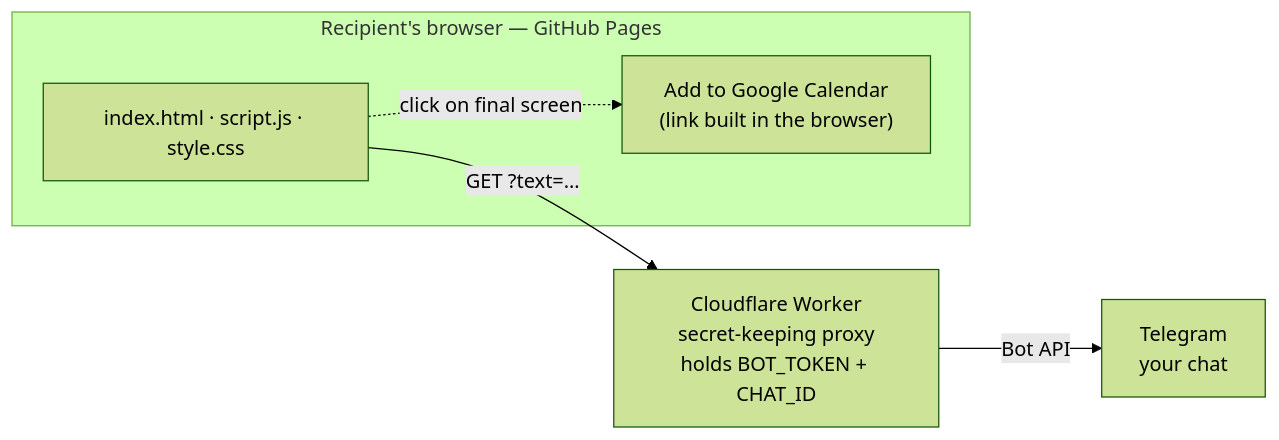
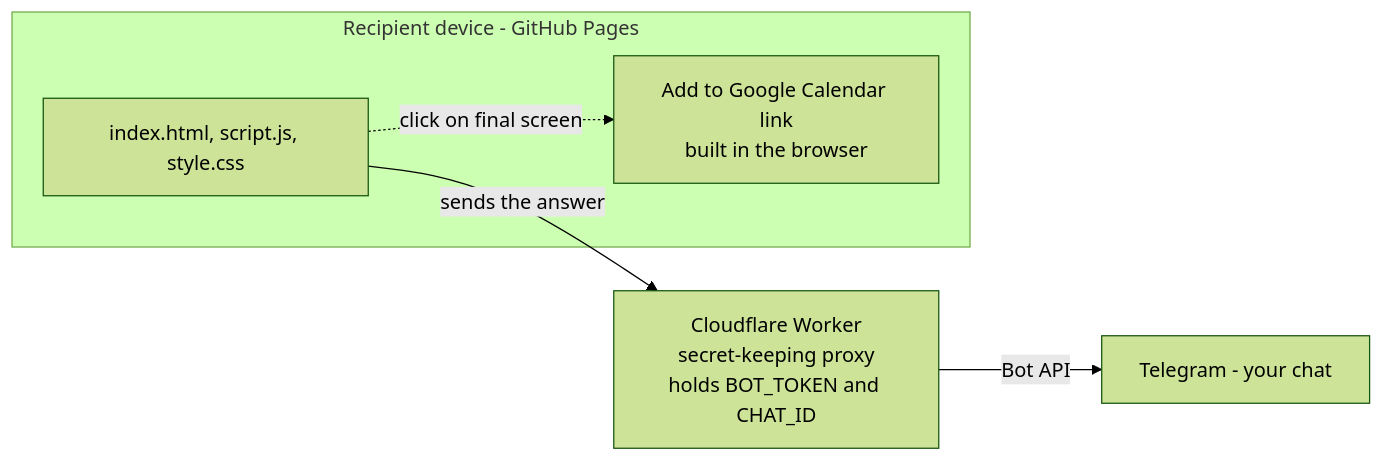
Before and after one commit to arshiatehrani/Date-Night-Arshia: the diagram in README.md, drawn with Mermaid (forest theme). The commit also changed other lines of this file, not shown here.

Commit message:
Fix Mermaid diagram: plain ASCII + standard syntax so GitHub renders it

````diff
--- a/README.md
+++ b/README.md
@@ -15,14 +15,14 @@
 ```mermaid
 flowchart LR
-  subgraph Browser["Recipient's browser — GitHub Pages"]
-    Page["index.html · script.js · style.css"]
-    Cal["Add to Google Calendar<br/>(link built in the browser)"]
+  subgraph Browser["Recipient device - GitHub Pages"]
+    Page["index.html, script.js, style.css"]
+    Cal["Add to Google Calendar link<br/>built in the browser"]
   end
 
-  Worker["Cloudflare Worker<br/>secret-keeping proxy<br/>holds BOT_TOKEN + CHAT_ID"]
-  TG["Telegram<br/>your chat"]
+  Worker["Cloudflare Worker<br/>secret-keeping proxy<br/>holds BOT_TOKEN and CHAT_ID"]
+  TG["Telegram - your chat"]
 
-  Page -->|"GET ?text=…"| Worker
+  Page -->|"sends the answer"| Worker
   Worker -->|"Bot API"| TG
   Page -.->|"click on final screen"| Cal
 ```
````
